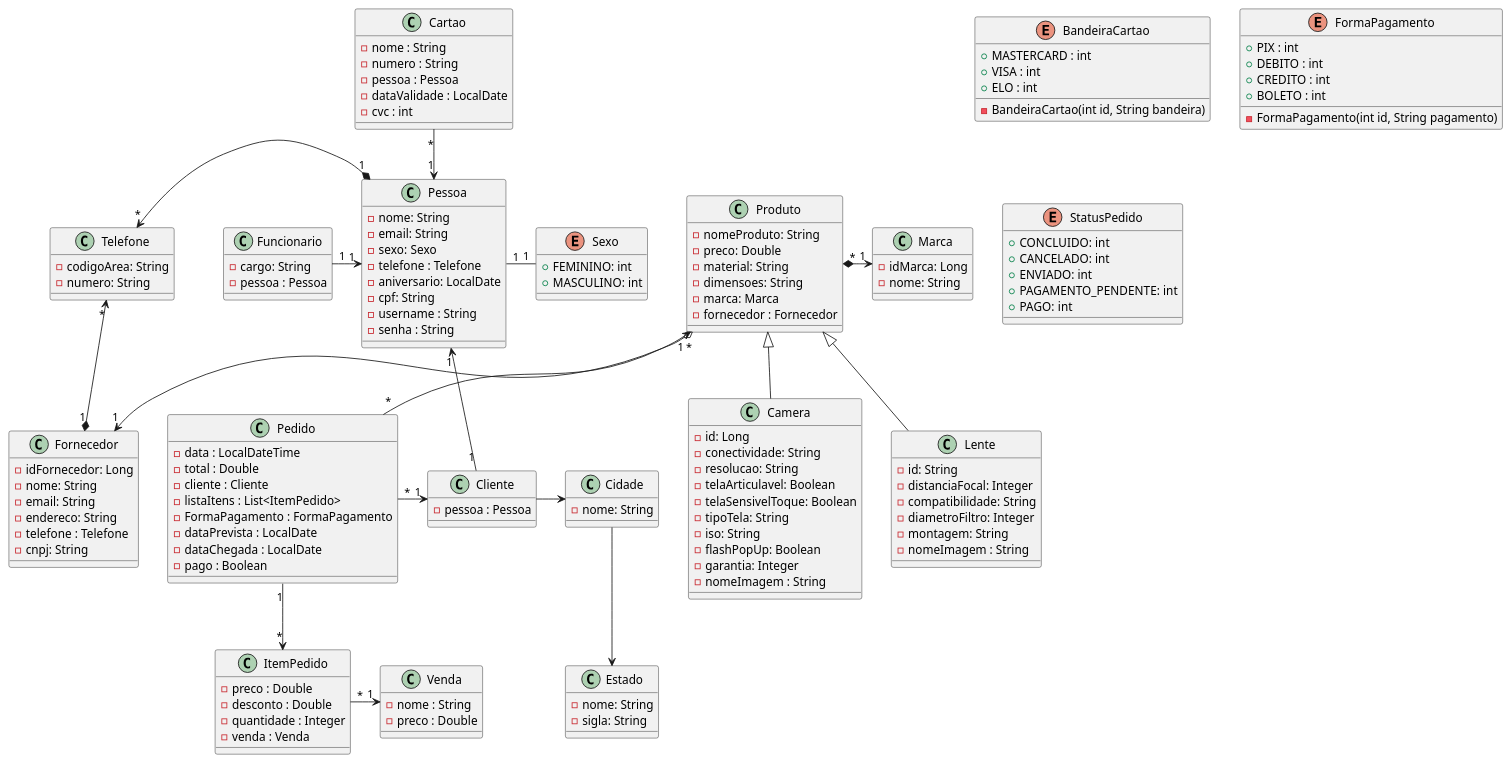
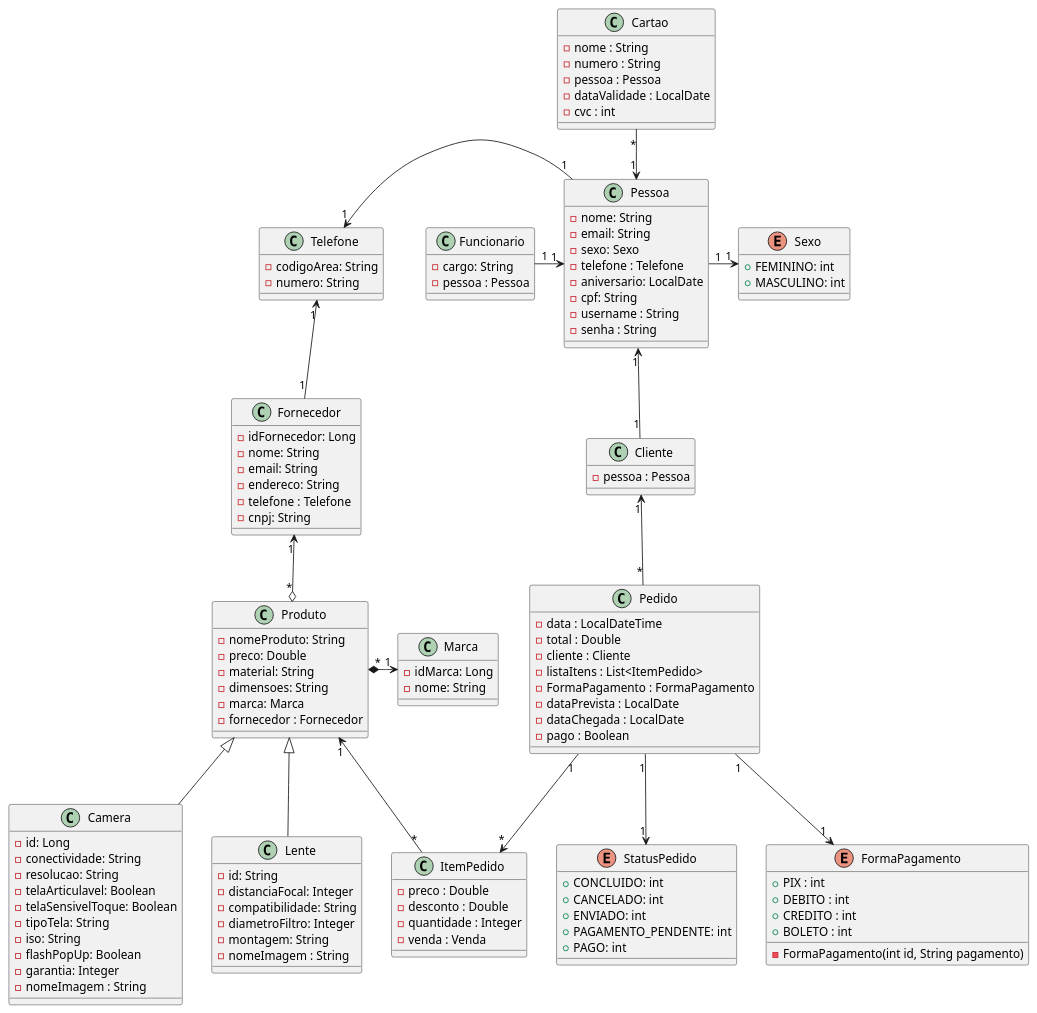
The diagram in modelo.plantuml (HugoValuar03/ecommerce), drawn with PlantUML before and after one commit. The commit also changed 42 other files, not shown here.

```diff
--- a/modelo.plantuml
+++ b/modelo.plantuml
@@ -1,162 +1,140 @@
 @startuml ecommerce
 class Pessoa{
   - nome: String
   - email: String
   - sexo: Sexo
   - telefone : Telefone
   - aniversario: LocalDate
   - cpf: String
   - username : String
   - senha : String
 }
 
 class Funcionario{
   - cargo: String 
   - pessoa : Pessoa
 }
 
 class Cliente{
   - pessoa : Pessoa
 }
 
 
 Enum Sexo{
   + FEMININO: int
   + MASCULINO: int
 }
 
 
 class Fornecedor{
   - idFornecedor: Long
   - nome: String
   - email: String
   - endereco: String 
   - telefone : Telefone
   - cnpj: String
 }
 
 class Produto{
   - nomeProduto: String
   - preco: Double
   - material: String
   - dimensoes: String
   - marca: Marca
   - fornecedor : Fornecedor
 }
 
 class Camera{
   - id: Long
   - conectividade: String
   - resolucao: String
   - telaArticulavel: Boolean
   - telaSensivelToque: Boolean
   - tipoTela: String
   - iso: String
   - flashPopUp: Boolean
   - garantia: Integer
   - nomeImagem : String
 }
 
 class Marca{
   - idMarca: Long
   - nome: String
 }
 
 class Lente{
   - id: String
   - distanciaFocal: Integer
   - compatibilidade: String
   - diametroFiltro: Integer
   - montagem: String
   - nomeImagem : String
 }
 
 class Telefone{
   - codigoArea: String
   - numero: String
 }
 
-enum BandeiraCartao{
-  + MASTERCARD : int
-  + VISA : int
-  + ELO : int
-  - BandeiraCartao(int id, String bandeira)
-}
-
 enum FormaPagamento{
   + PIX : int
   + DEBITO : int
   + CREDITO : int
   + BOLETO : int
   - FormaPagamento(int id, String pagamento)
 }
 
 enum StatusPedido {
     + CONCLUIDO: int
     + CANCELADO: int
     + ENVIADO: int
     + PAGAMENTO_PENDENTE: int
     + PAGO: int
-}
-
-class Cidade{
-  - nome: String
-}
-
-class Estado{
-  - nome: String
-  - sigla: String
 }
 
 class Cartao{
   - nome : String
   - numero : String
   - pessoa : Pessoa
   - dataValidade : LocalDate
   - cvc : int
 }
 
 class ItemPedido{
   - preco : Double
   - desconto : Double
   - quantidade : Integer
   - venda : Venda
 }
 
 class Pedido{
   - data : LocalDateTime
   - total : Double
   - cliente : Cliente
   - listaItens : List<ItemPedido>
   - FormaPagamento : FormaPagamento
   - dataPrevista : LocalDate
   - dataChegada : LocalDate
   - pago : Boolean
 }
 
-class Venda{
-  - nome : String
-  - preco : Double
-}
-
-Cliente -right-> Cidade
-Cidade --> Estado 
-
-Produto "1" <-- "*" Pedido
+Produto "1" <-right- "*" ItemPedido
 
 Pedido "1" --> "*" ItemPedido
-Pedido "*" -right-> "1" Cliente 
-ItemPedido "*" -right-> "1" Venda
+Pedido "*" -up-> "1" Cliente 
 Cartao "*" --> "1" Pessoa
-Pessoa "1" *-left-> "*" Telefone
+Pessoa "1" -left-> "1" Telefone
 Pessoa "1" <-left- "1" Funcionario
 Pessoa "1" <-- "1" Cliente
-Pessoa "1" -right- "1" Sexo
+Pessoa "1" -right-> "1" Sexo
 
-Marca "1" <-left-* "*" Produto
+Marca "1" <-right-* "*" Produto
 
-Fornecedor "1" *-up-> "*" Telefone
-Produto "*" o--> "1" Fornecedor
+Fornecedor "1" -up-> "1" Telefone
+Produto "*" o-up-> "1" Fornecedor
 Produto <|-- Camera
 Produto <|-- Lente
+
+Pedido "1" --> "1" StatusPedido
+Pedido "1" --> "1" FormaPagamento
 @enduml
```
